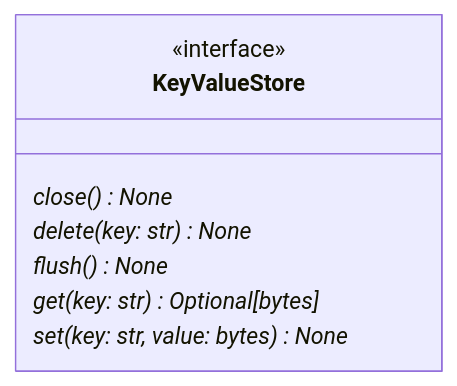
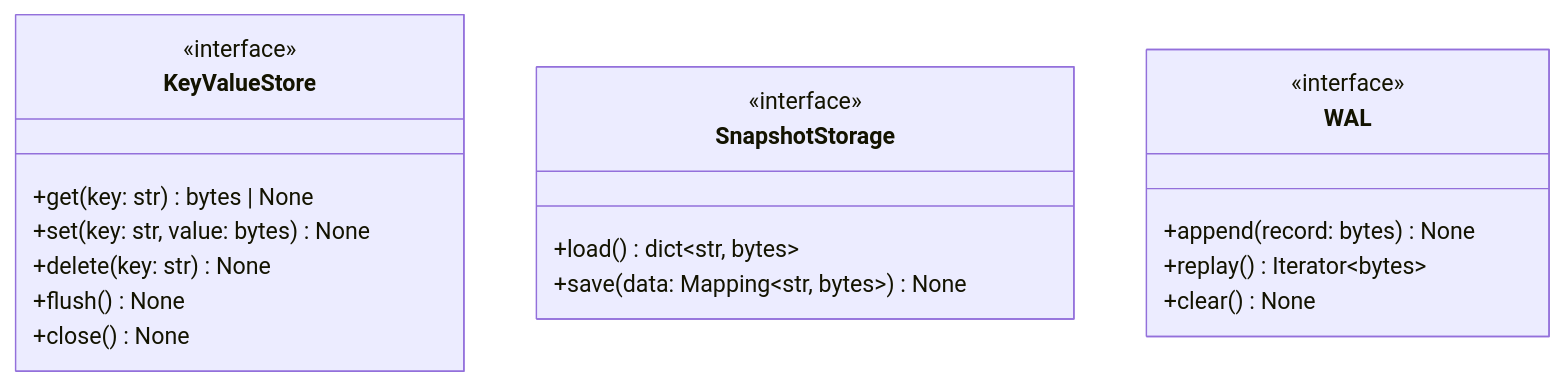
One commit to Evgenchic184/ABD-key_value changed the diagram in docs/diagram.md. Above: the diagram before and after it, drawn with Mermaid. The commit also changed other lines of this file and 24 other files, not shown here.

````diff
--- a/docs/diagram.md
+++ b/docs/diagram.md
@@ -3,11 +3,22 @@
 ```mermaid
 classDiagram
   class KeyValueStore {
     <<interface>>
-    close()* None
-    delete(key: str)* None
-    flush()* None
-    get(key: str)* Optional[bytes]
-    set(key: str, value: bytes)* None
+    +get(key: str) bytes | None
+    +set(key: str, value: bytes) None
+    +delete(key: str) None
+    +flush() None
+    +close() None
+  }
+  class SnapshotStorage {
+    <<interface>>
+    +load() dict~str, bytes~
+    +save(data: Mapping~str, bytes~) None
+  }
+  class WAL {
+    <<interface>>
+    +append(record: bytes) None
+    +replay() Iterator~bytes~
+    +clear() None
   }
 ```
````
